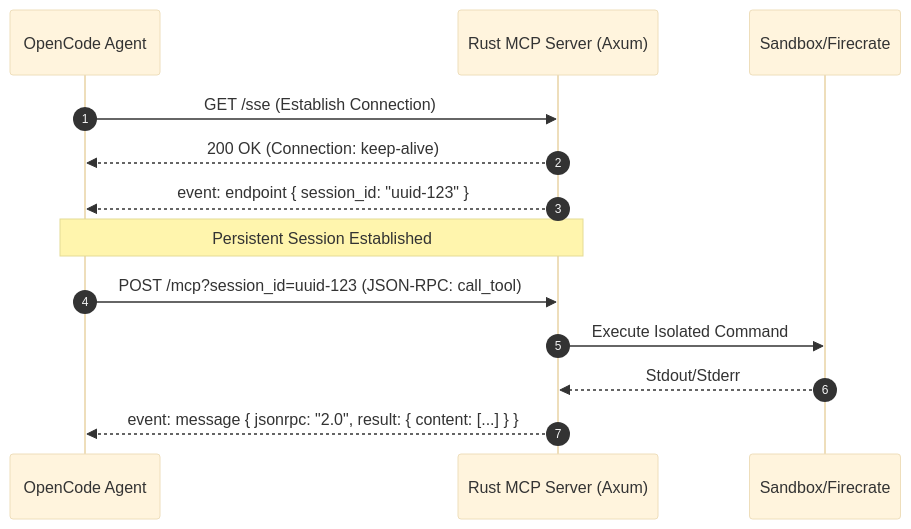
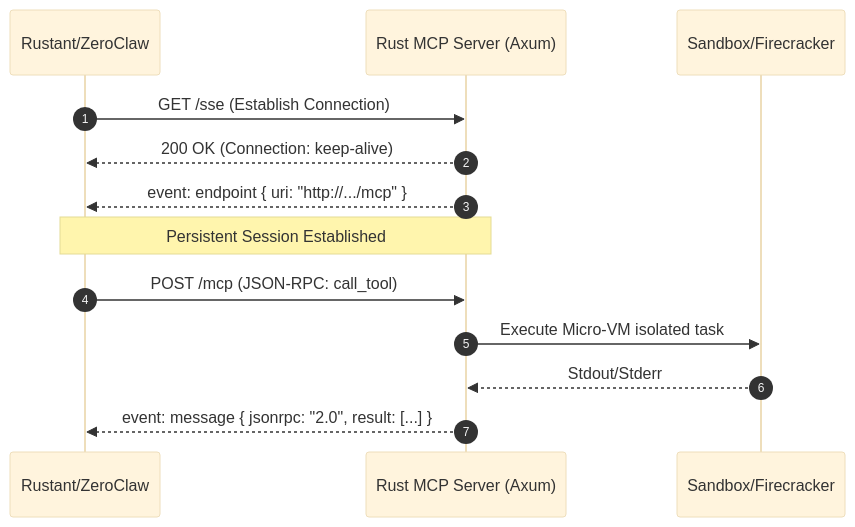
Before and after one commit to lgcorzo/rust_CACD_autonomous_factory: the second of 4 diagrams in wiki/execution_flows.md, drawn with Mermaid (base theme). The commit also changed other lines of this file and 7 other files, not shown here.

First line of the commit message:
docs: update system architecture and execution flows for Phase 12

````diff
--- a/wiki/execution_flows.md
+++ b/wiki/execution_flows.md
@@ -64,18 +67,18 @@
 ```mermaid
 sequenceDiagram
     autonumber
-    participant Agent as OpenCode Agent
+    participant Agent as Rustant/ZeroClaw
     participant MCP as Rust MCP Server (Axum)
-    participant Sandbox as Sandbox/Firecrate
+    participant Sandbox as Sandbox/Firecracker
     
     Agent->>MCP: GET /sse (Establish Connection)
     MCP-->>Agent: 200 OK (Connection: keep-alive)
-    MCP-->>Agent: event: endpoint { session_id: "uuid-123" }
+    MCP-->>Agent: event: endpoint { uri: "http://.../mcp" }
     
     Note over Agent,MCP: Persistent Session Established
     
-    Agent->>MCP: POST /mcp?session_id=uuid-123 (JSON-RPC: call_tool)
-    MCP->>Sandbox: Execute Isolated Command
+    Agent->>MCP: POST /mcp (JSON-RPC: call_tool)
+    MCP->>Sandbox: Execute Micro-VM isolated task
     Sandbox-->>MCP: Stdout/Stderr
-    MCP-->>Agent: event: message { jsonrpc: "2.0", result: { content: [...] } }
+    MCP-->>Agent: event: message { jsonrpc: "2.0", result: [...] }
 ```
````
